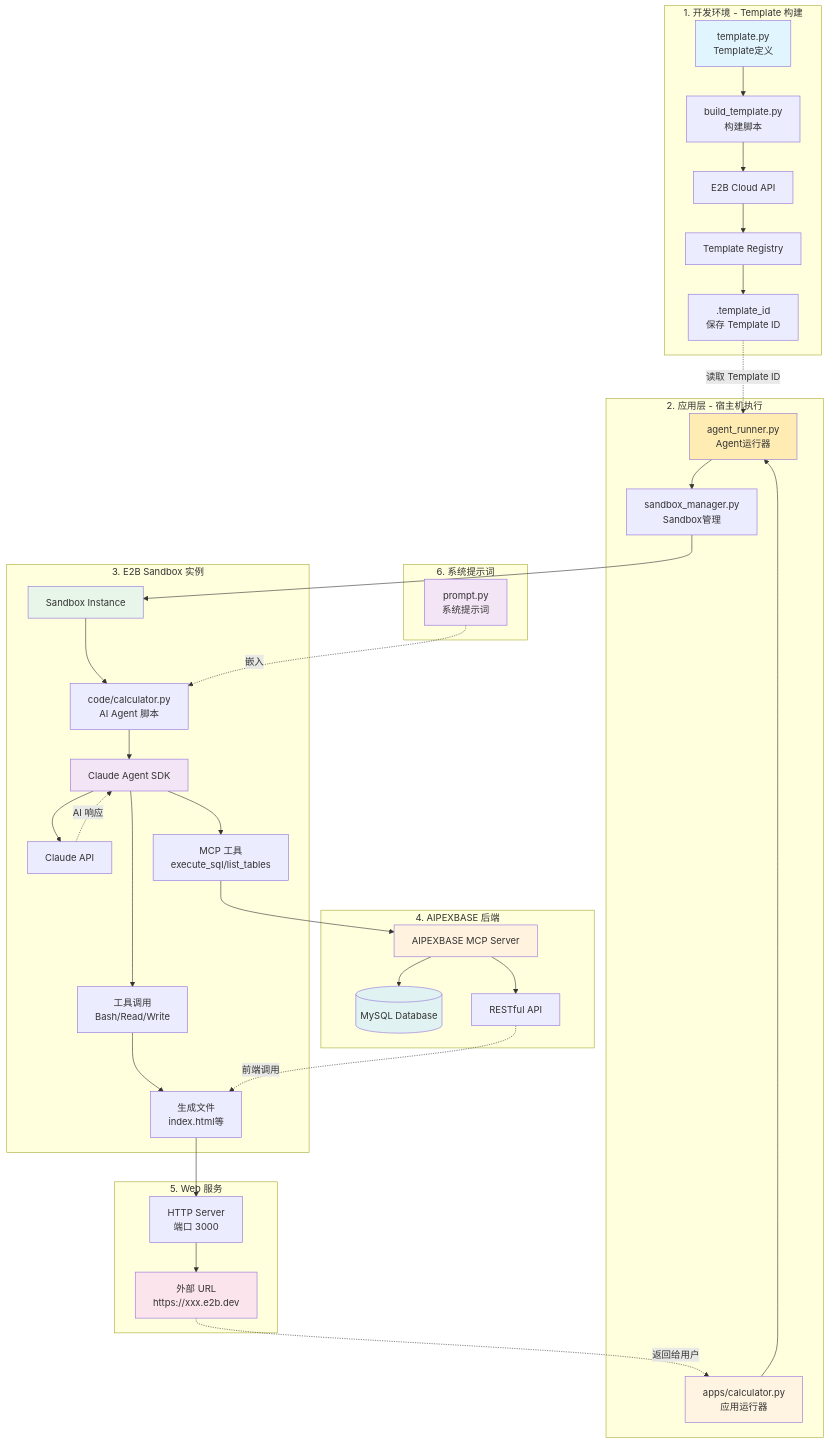
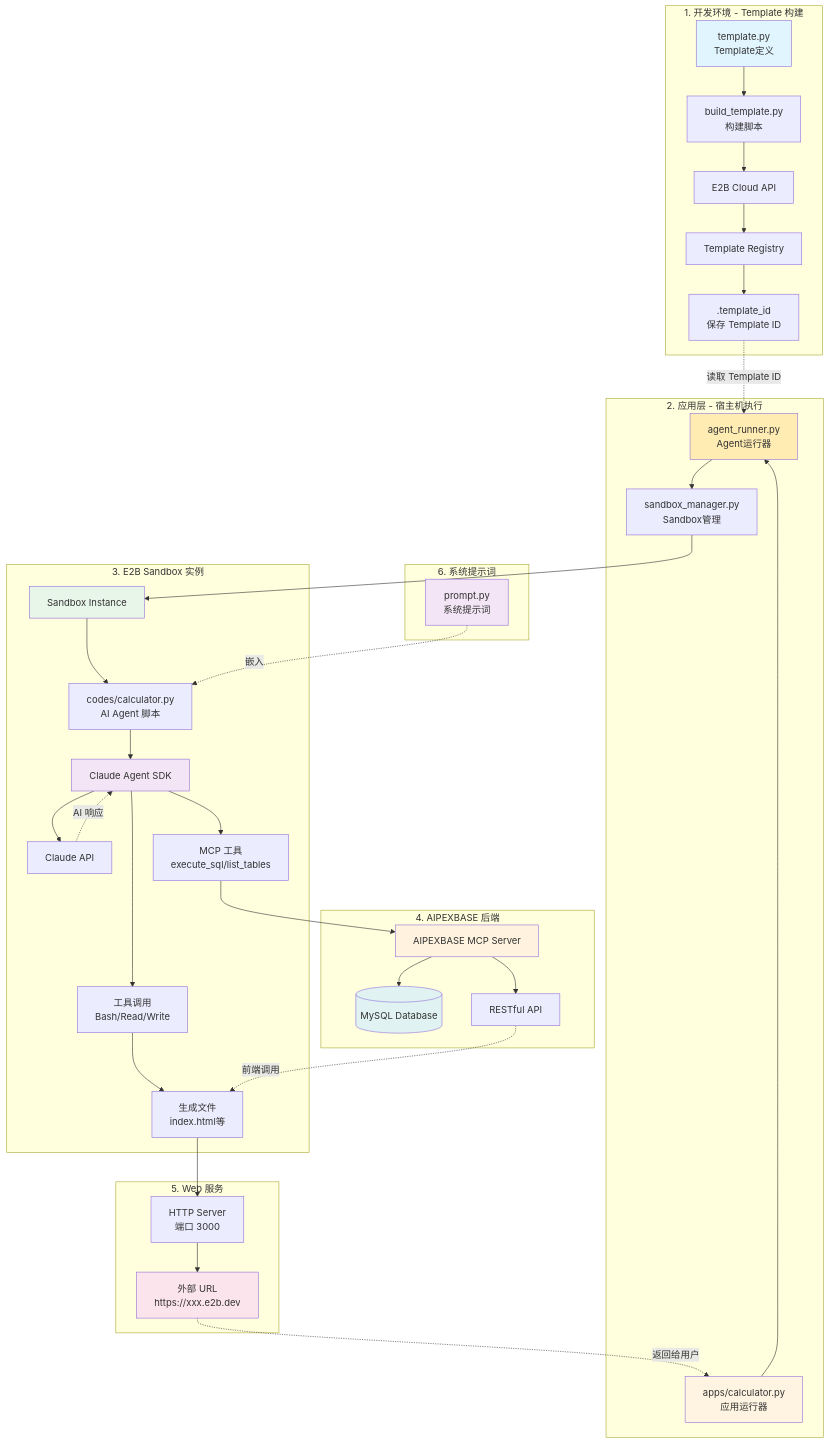
One commit to xiaodong528/Genie changed the first of 7 diagrams in docs/tech/architecture.md. Above: the diagram before and after it, drawn with Mermaid. The commit also changed other lines of this file and 15 other files, not shown here.

````diff
--- a/docs/tech/architecture.md
+++ b/docs/tech/architecture.md
@@ -33,54 +33,54 @@
 ```mermaid
 graph TB
     subgraph "1. 开发环境 - Template 构建"
         A[template.py<br/>Template定义] --> B[build_template.py<br/>构建脚本]
         B --> C[E2B Cloud API]
         C --> D[Template Registry]
         D --> E[.template_id<br/>保存 Template ID]
     end
 
     subgraph "2. 应用层 - 宿主机执行"
         F[apps/calculator.py<br/>应用运行器] --> G[agent_runner.py<br/>Agent运行器]
         G --> H[sandbox_manager.py<br/>Sandbox管理]
     end
 
     subgraph "3. E2B Sandbox 实例"
         H --> I[Sandbox Instance]
-        I --> J[code/calculator.py<br/>AI Agent 脚本]
+        I --> J[codes/calculator.py<br/>AI Agent 脚本]
         J --> K[Claude Agent SDK]
         K --> L[Claude API]
         K --> M[工具调用<br/>Bash/Read/Write]
         K --> MCP[MCP 工具<br/>execute_sql/list_tables]
         M --> N[生成文件<br/>index.html等]
     end
 
     subgraph "4. AIPEXBASE 后端"
         MCP --> AIPEX[AIPEXBASE MCP Server]
         AIPEX --> DB[(MySQL Database)]
         AIPEX --> API[RESTful API]
     end
 
     subgraph "5. Web 服务"
         N --> O[HTTP Server<br/>端口 3000]
         O --> P[外部 URL<br/>https://xxx.e2b.dev]
     end
 
     subgraph "6. 系统提示词"
         PROMPT[prompt.py<br/>系统提示词] -.嵌入.-> J
     end
 
     E -.读取 Template ID.-> G
     L -.AI 响应.-> K
     P -.返回给用户.-> F
     API -.前端调用.-> N
 
     style A fill:#e1f5ff
     style F fill:#fff4e1
     style G fill:#ffecb3
     style I fill:#e8f5e9
     style K fill:#f3e5f5
     style P fill:#fce4ec
     style AIPEX fill:#fff3e0
     style DB fill:#e0f2f1
     style PROMPT fill:#f3e5f5
 ```
````
